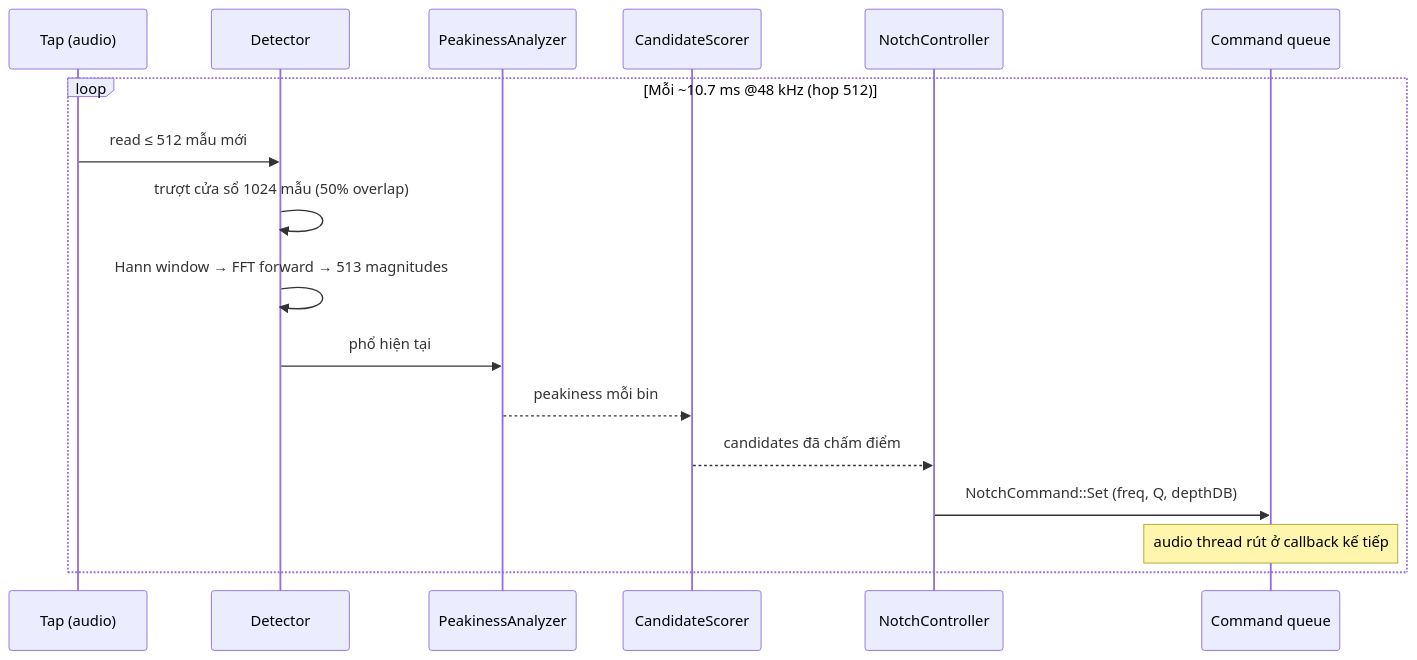
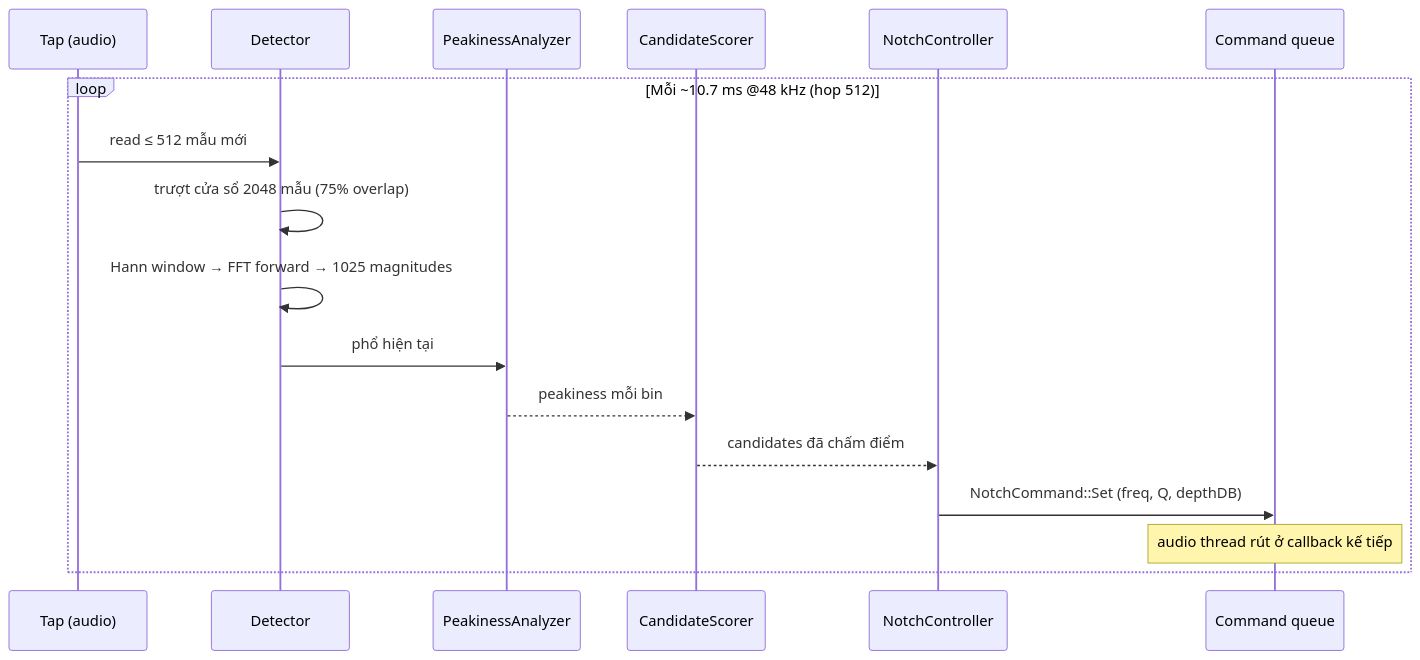
One commit to toanaz-ops/azsoundtech-handsfree changed the second of 4 diagrams in docs/KY-THUAT-CHONG-HU.md. Above: the diagram before and after it, drawn with Mermaid. The commit also changed other lines of this file and 10 other files, not shown here.

````diff
--- a/docs/KY-THUAT-CHONG-HU.md
+++ b/docs/KY-THUAT-CHONG-HU.md
@@ -92,20 +95,20 @@
 ```mermaid
 sequenceDiagram
     participant T as Tap (audio)
     participant D as Detector
     participant P as PeakinessAnalyzer
     participant S as CandidateScorer
     participant C as NotchController
     participant Q as Command queue
 
     loop Mỗi ~10.7 ms @48 kHz (hop 512)
         T->>D: read ≤ 512 mẫu mới
-        D->>D: trượt cửa sổ 1024 mẫu (50% overlap)
-        D->>D: Hann window → FFT forward → 513 magnitudes
+        D->>D: trượt cửa sổ 2048 mẫu (75% overlap)
+        D->>D: Hann window → FFT forward → 1025 magnitudes
         D->>P: phổ hiện tại
         P-->>S: peakiness mỗi bin
         S-->>C: candidates đã chấm điểm
         C->>Q: NotchCommand::Set (freq, Q, depthDB)
         Note over Q: audio thread rút ở callback kế tiếp
     end
 ```
````
